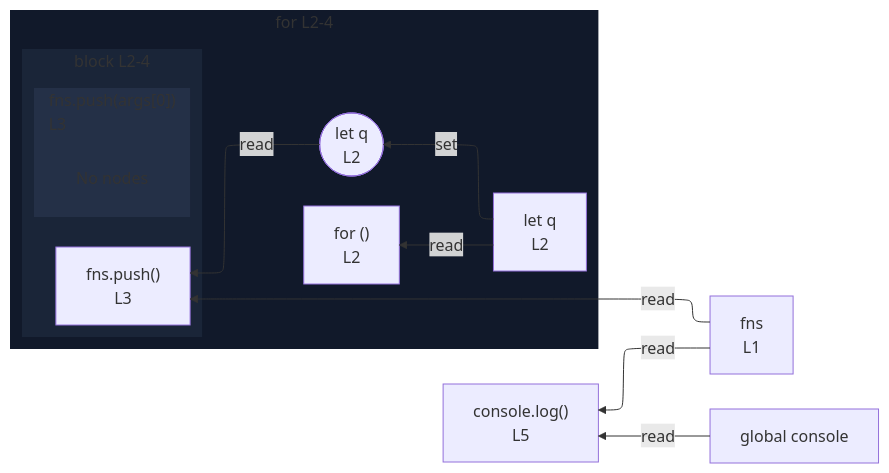
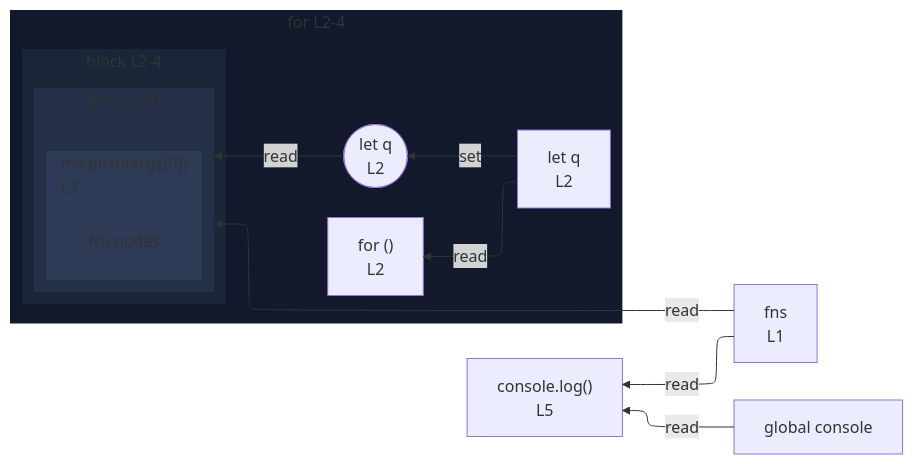
Before and after one commit to crescware/unsnarl: the diagram in integration/fixtures/iteration-statement/classic-for/closure-let-binding/preview.md, drawn with Mermaid. The commit also changed 39 other files, not shown here.

````diff
--- a/integration/fixtures/iteration-statement/classic-for/closure-let-binding/preview.md
+++ b/integration/fixtures/iteration-statement/classic-for/closure-let-binding/preview.md
@@ -15,35 +15,39 @@
 ```mermaid
 %%{init: {"flowchart": {"defaultRenderer": "elk"}}}%%
 flowchart RL
   n_scope_0_fns_6["fns<br/>L1"]
   n_scope_0_console_87["global console"]
   subgraph s_scope_1["for L2-4"]
     direction RL
     for_test_scope_0_34["for ()<br/>L2"]
     n_scope_1_q_43["let q<br/>L2"]
     wr_ref_3(["let q<br/>L2"])
     subgraph s_scope_2["block L2-4"]
       direction RL
-      expr_stmt_66["fns.push()<br/>L3"]
-      subgraph s_scope_3["fns.push(args[0])<br/>L3"]
+      subgraph expr_stmt_66["fns.push()<br/>L3"]
         direction RL
-        elk_empty_s_scope_3["No nodes"]
+        subgraph s_scope_3["fns.push(args[0])<br/>L3"]
+          direction RL
+          elk_empty_s_scope_3["No nodes"]
+        end
       end
     end
   end
   n_scope_1_q_43 -->|set| wr_ref_3
   n_scope_1_q_43 -->|read| for_test_scope_0_34
   n_scope_0_fns_6 -->|read| expr_stmt_66
   wr_ref_3 -->|read| expr_stmt_66
   n_scope_0_console_87 -->|read| expr_stmt_87
   n_scope_0_fns_6 -->|read| expr_stmt_87
   expr_stmt_87["console.log()<br/>L5"]
   classDef nestL1 fill:#11192a,stroke:transparent;
   class s_scope_1 nestL1;
   classDef nestL2 fill:#1a2538,stroke:transparent;
   class s_scope_2 nestL2;
   classDef nestL3 fill:#243047,stroke:transparent;
-  class s_scope_3 nestL3;
+  class expr_stmt_66 nestL3;
+  classDef nestL4 fill:#2d3b57,stroke:transparent;
+  class s_scope_3 nestL4;
   classDef elkEmptyPlaceholder fill:transparent,stroke:transparent;
   class elk_empty_s_scope_3 elkEmptyPlaceholder;
 ```
````
